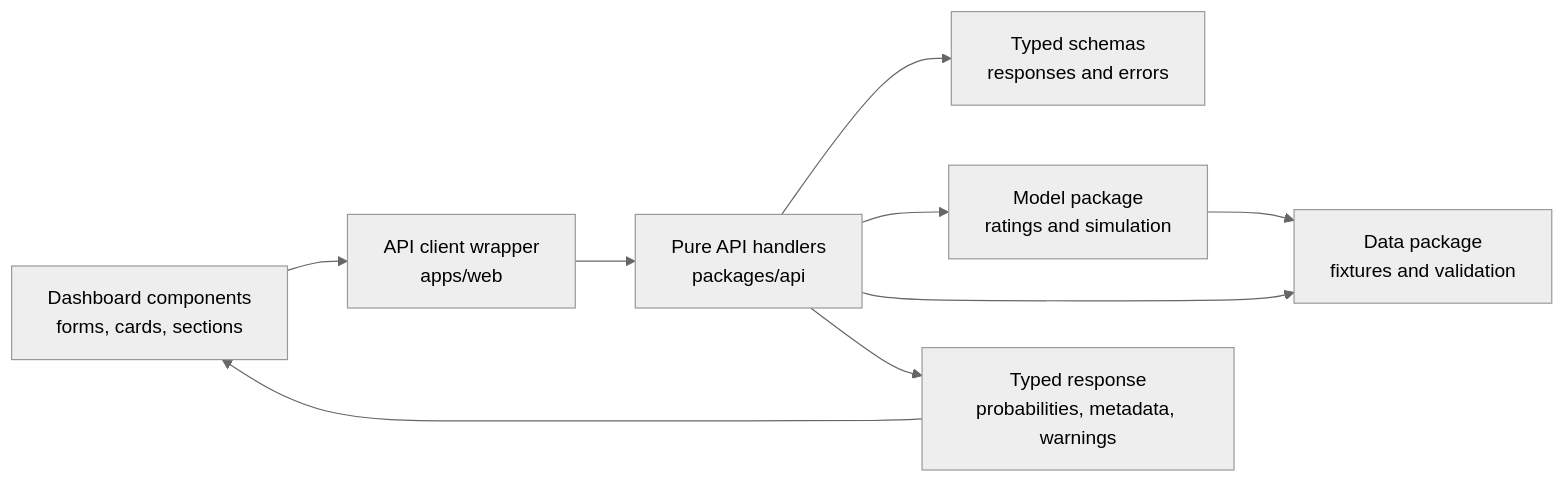
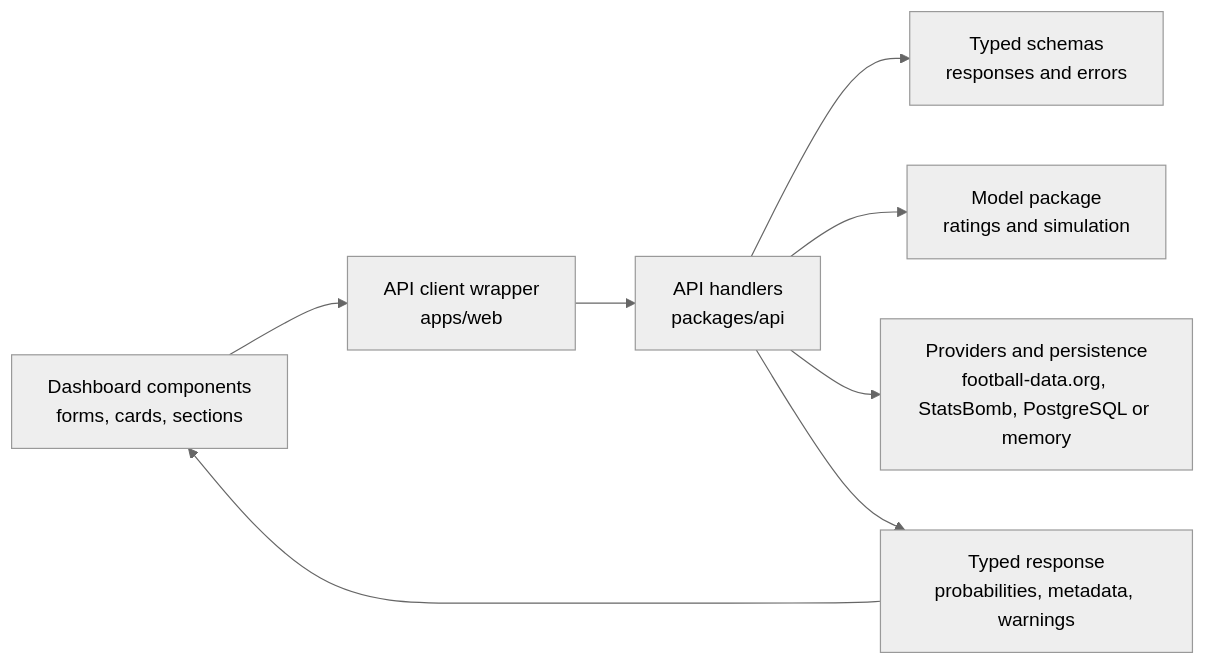
Before and after one commit to EfrainAndres/world-cup-2026-predictor: the third of 5 diagrams in docs/architecture/ARCHITECTURE_DIAGRAMS.md, drawn with Mermaid (neutral theme). The commit also changed other lines of this file and 8 other files, not shown here.

````diff
--- a/docs/architecture/ARCHITECTURE_DIAGRAMS.md
+++ b/docs/architecture/ARCHITECTURE_DIAGRAMS.md
@@ -66,19 +64,18 @@
 ```mermaid
 flowchart LR
     dashboard["Dashboard components\nforms, cards, sections"]
     client["API client wrapper\napps/web"]
-    handlers["Pure API handlers\npackages/api"]
+    handlers["API handlers\npackages/api"]
     schemas["Typed schemas\nresponses and errors"]
     modelPkg["Model package\nratings and simulation"]
-    dataPkg["Data package\nfixtures and validation"]
+    providers["Providers and persistence\nfootball-data.org, StatsBomb, PostgreSQL or memory"]
     response["Typed response\nprobabilities, metadata, warnings"]
 
     dashboard --> client
     client --> handlers
     handlers --> schemas
     handlers --> modelPkg
-    handlers --> dataPkg
-    modelPkg --> dataPkg
+    handlers --> providers
     handlers --> response
     response --> dashboard
 ```
````
